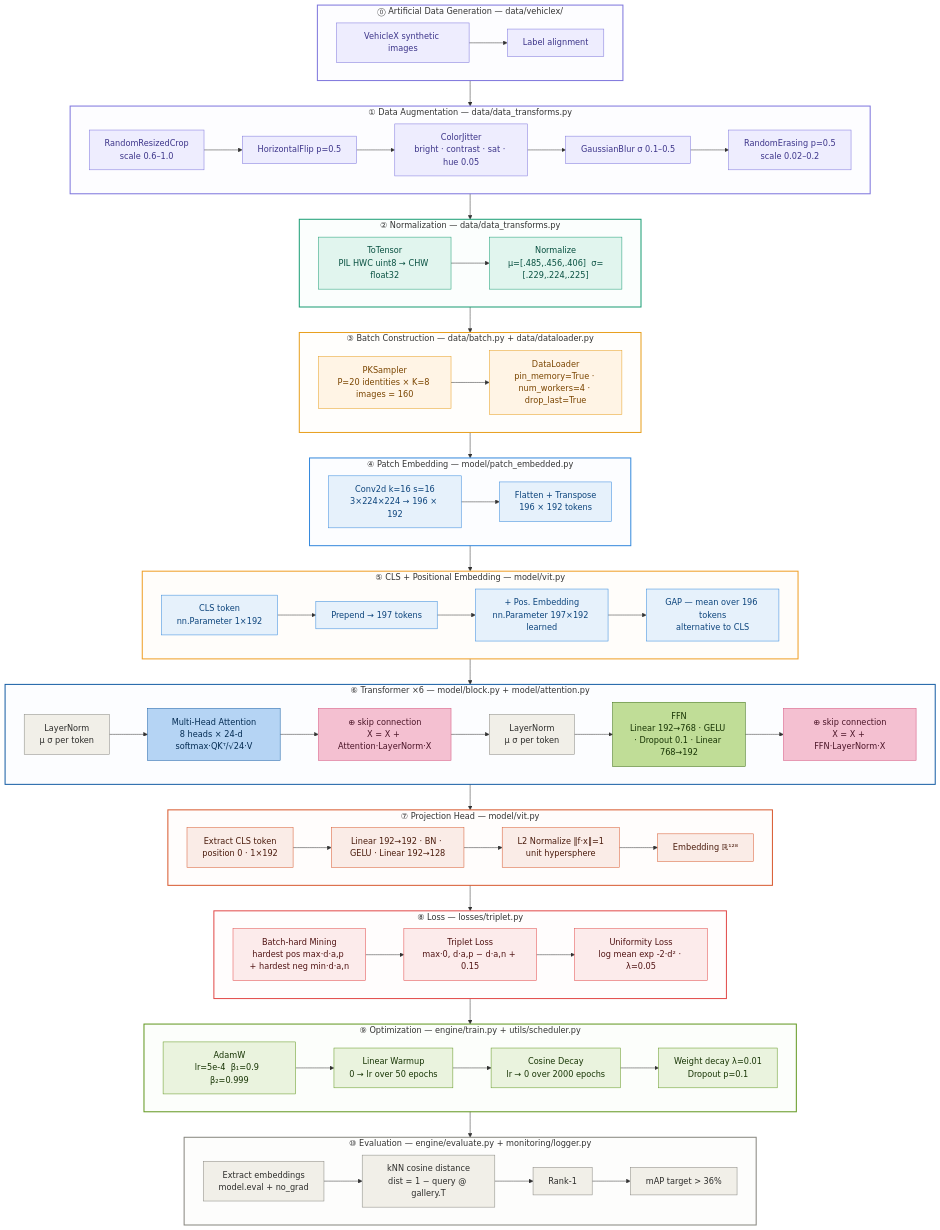
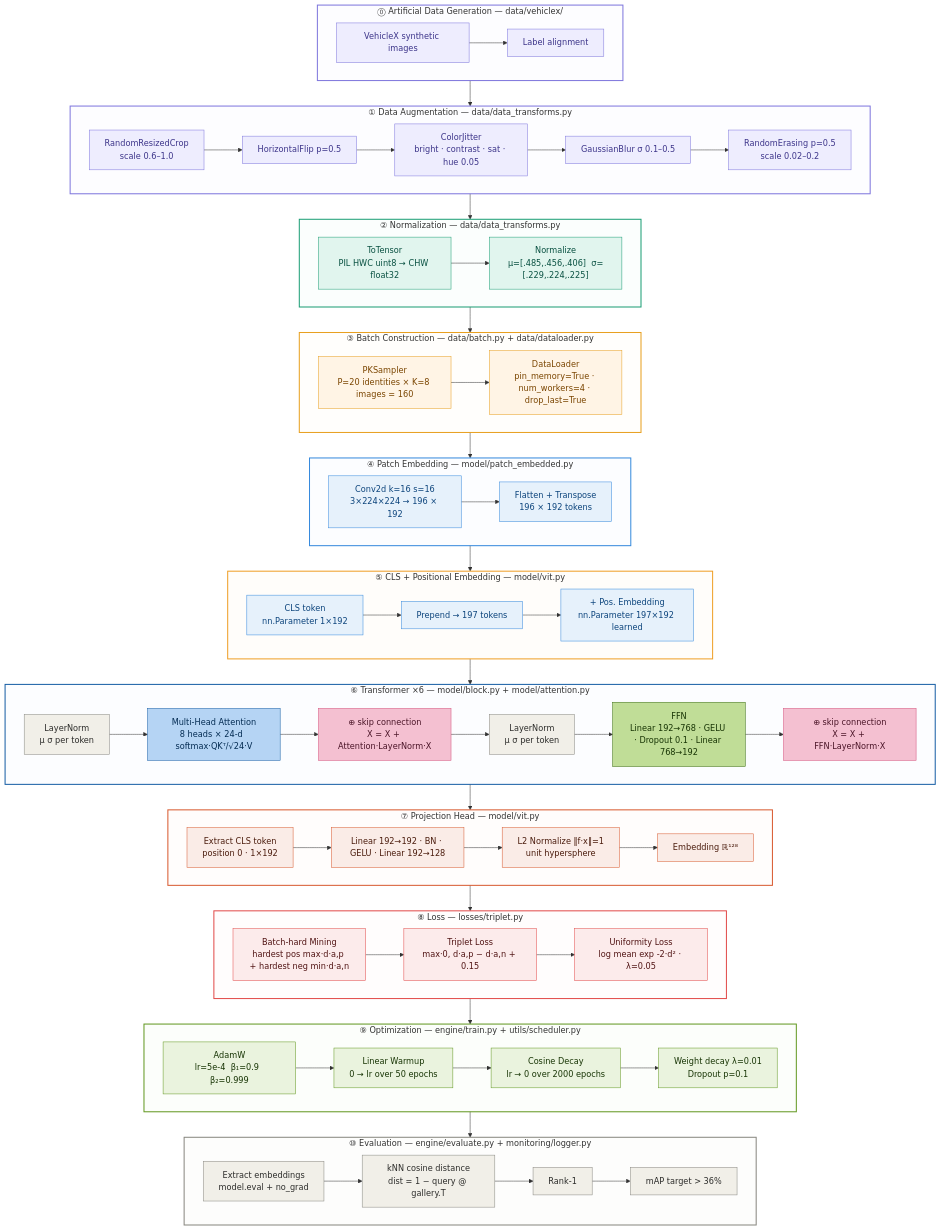
The second of 2 diagrams in README.md (Volvert/INFO8010-DeepLearing), drawn with Mermaid before and after one commit.

```diff
--- a/README.md
+++ b/README.md
@@ -283,8 +283,7 @@
         D1["CLS token\nnn.Parameter 1×192"]:::model
         D2["Prepend → 197 tokens"]:::model
         D3["+ Pos. Embedding\nnn.Parameter 197×192 learned"]:::model
-        D4["GAP — mean over 196 tokens\nalternative to CLS"]:::model
-        D1-->D2-->D3-->D4
+        D1-->D2-->D3
     end
 
     subgraph TR["⑥ Transformer ×6 — model/block.py + model/attention.py"]
```
